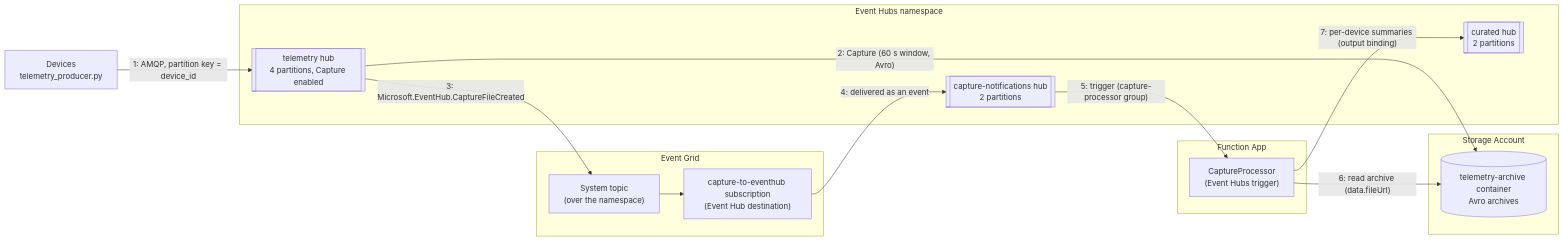
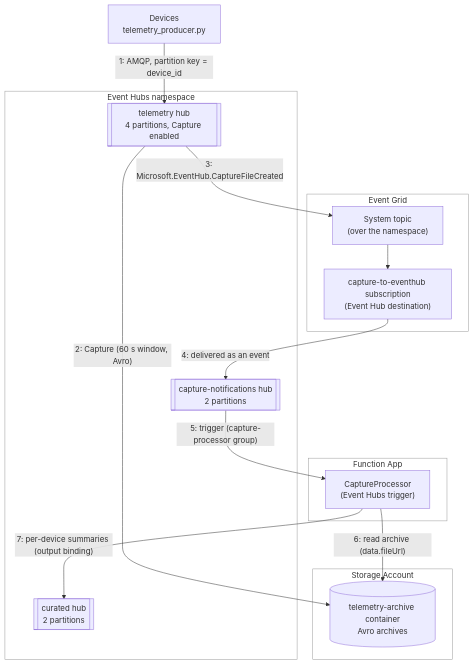
One commit to localstack/localstack-azure-samples changed the diagram in samples/eventhubs-eventgrid/python/README.md. Above: the diagram before and after it, drawn with Mermaid. The commit also changed 2 other files, not shown here.

Commit message:
Give the mermaid architecture diagrams white subgraph backgrounds (#115)
* Give the mermaid architecture diagrams white subgraph backgrounds

Mermaid's default theme fills subgraphs pale yellow. Style every subgraph
in the eventhubs, eventhubs-eventgrid and servicebus diagrams with a white
fill, gray border and dark title text, matching the white rounded
containers of the Visio-made architecture images.

* Lay out the eventhubs-eventgrid diagram top-to-bottom

The 7-step pipeline rendered as a ~6:1 wide ribbon in left-to-right
orientation, making labels unreadably small at page width. Top-to-bottom
gives a near-square aspect with full-size text, matching the vertical
flow of the original ASCII drawing.

---------

````diff
--- a/samples/eventhubs-eventgrid/python/README.md
+++ b/samples/eventhubs-eventgrid/python/README.md
@@ -16,32 +16,37 @@
 ```mermaid
-flowchart LR
+flowchart TB
     devices["Devices<br/>telemetry_producer.py"]
 
     subgraph ehns["Event Hubs namespace"]
         telemetry[["telemetry hub<br/>4 partitions, Capture enabled"]]
         notifications[["capture-notifications hub<br/>2 partitions"]]
         curated[["curated hub<br/>2 partitions"]]
     end
 
     subgraph storage["Storage Account"]
         archive[("telemetry-archive container<br/>Avro archives")]
     end
 
     subgraph eventgrid["Event Grid"]
         topic["System topic<br/>(over the namespace)"]
         subscription["capture-to-eventhub subscription<br/>(Event Hub destination)"]
     end
 
     subgraph funcapp["Function App"]
         processor["CaptureProcessor<br/>(Event Hubs trigger)"]
     end
 
     devices -->|"1: AMQP, partition key = device_id"| telemetry
     telemetry -->|"2: Capture (60 s window, Avro)"| archive
     telemetry -->|"3: Microsoft.EventHub.CaptureFileCreated"| topic
     topic --> subscription
     subscription -->|"4: delivered as an event"| notifications
     notifications -->|"5: trigger (capture-processor group)"| processor
     processor -->|"6: read archive (data.fileUrl)"| archive
     processor -->|"7: per-device summaries (output binding)"| curated
+
+    style ehns fill:#ffffff,stroke:#999999,color:#333333
+    style storage fill:#ffffff,stroke:#999999,color:#333333
+    style eventgrid fill:#ffffff,stroke:#999999,color:#333333
+    style funcapp fill:#ffffff,stroke:#999999,color:#333333
 ```
````
